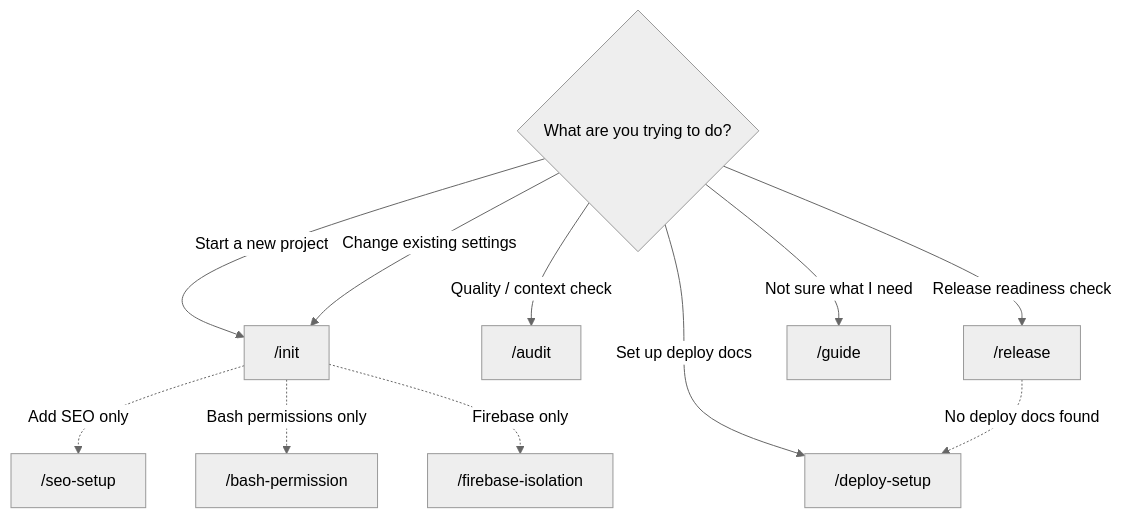
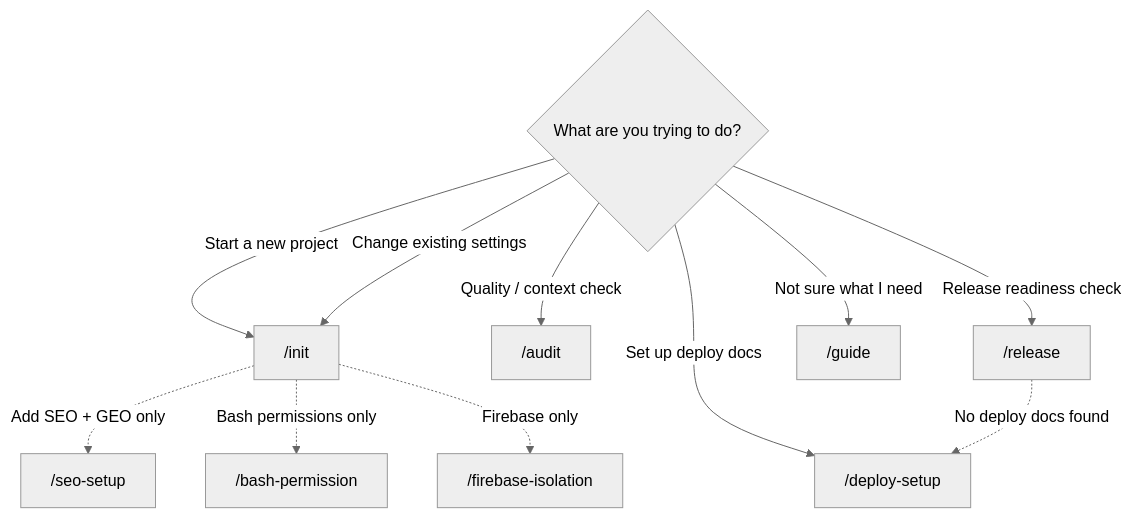
Before and after one commit to seungjaeyuu/claude-project-bootstrap: the first of 3 diagrams in README.en.md, drawn with Mermaid (neutral theme). The commit also changed other lines of this file and 3 other files, not shown here.

First line of the commit message:
docs: update README + commands for SEO → SEO + GEO naming

````diff
--- a/README.en.md
+++ b/README.en.md
@@ -49,14 +49,14 @@
 ```mermaid
 flowchart TD
     START{"What are you trying to do?"}
     START -->|"Start a new project"| INIT["/init"]
     START -->|"Change existing settings"| INIT
     START -->|"Quality / context check"| AUDIT["/audit"]
     START -->|"Release readiness check"| RELEASE["/release"]
     START -->|"Set up deploy docs"| DEPLOY["/deploy-setup"]
     START -->|"Not sure what I need"| GUIDE["/guide"]
     RELEASE -.->|"No deploy docs found"| DEPLOY
-    INIT -.->|"Add SEO only"| SEO["/seo-setup"]
+    INIT -.->|"Add SEO + GEO only"| SEO["/seo-setup"]
     INIT -.->|"Bash permissions only"| BASH["/bash-permission"]
     INIT -.->|"Firebase only"| FIREBASE["/firebase-isolation"]
 ```
````
